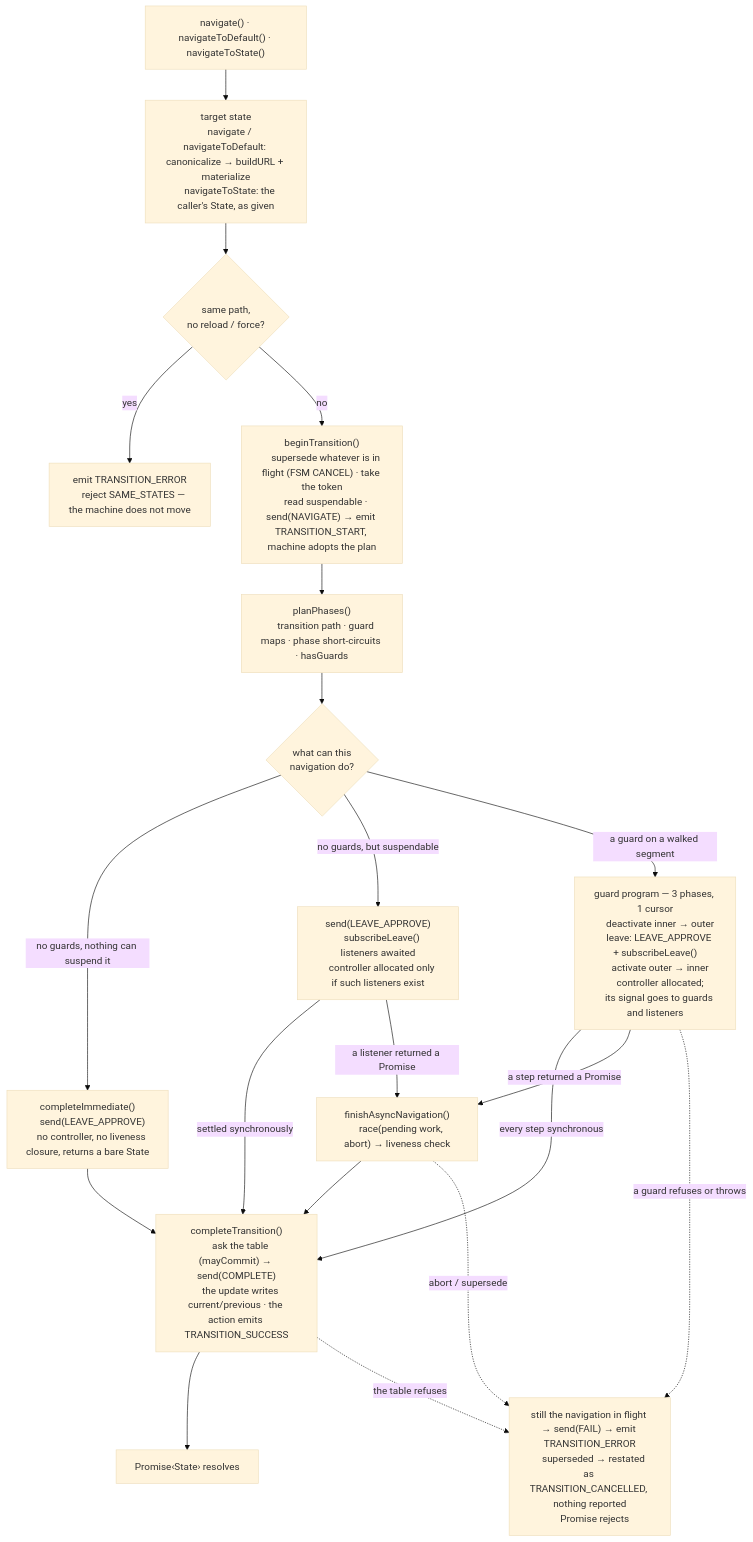
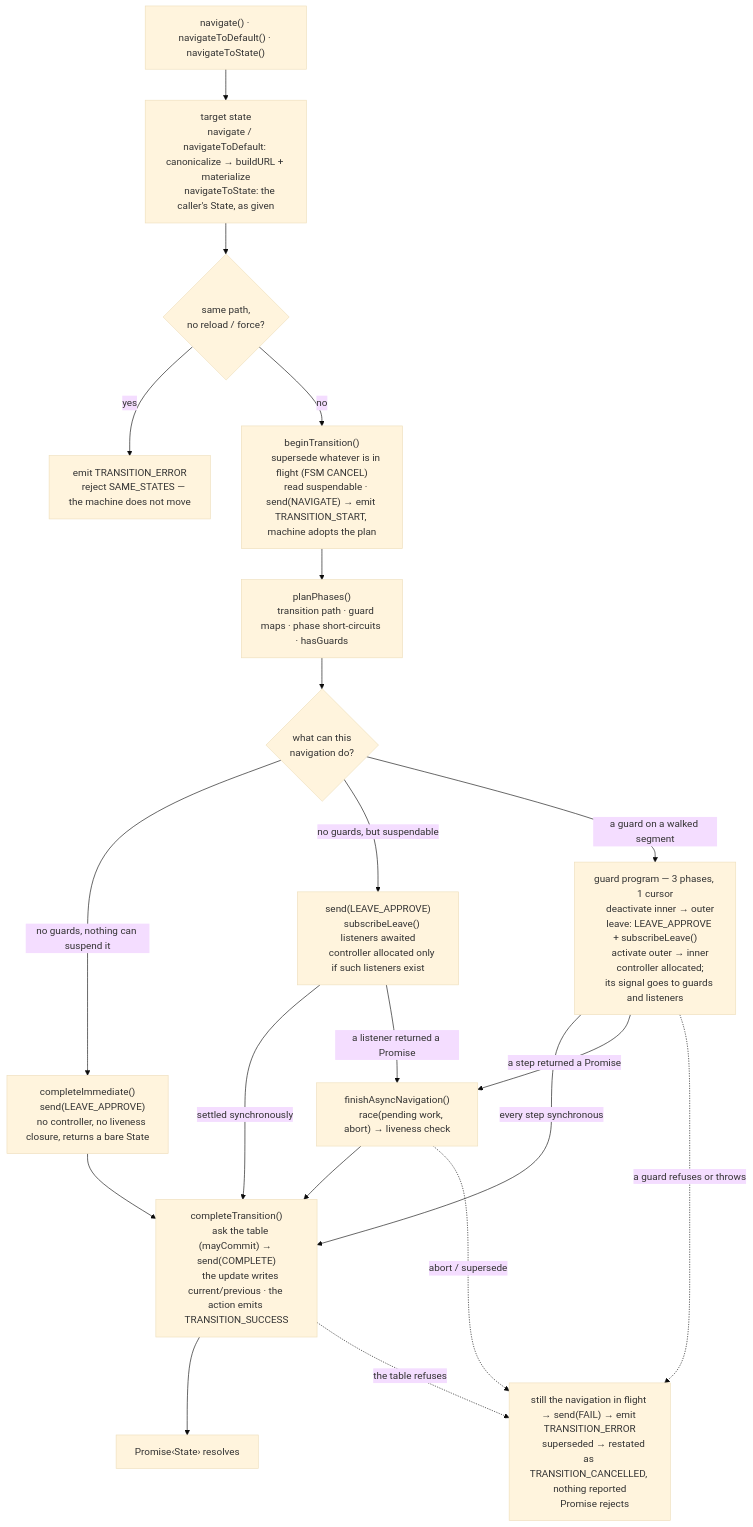
Before and after one commit to greydragon888/real-router: the third of 3 diagrams in ARCHITECTURE.md, drawn with Mermaid (base theme). The commit also changed other lines of this file and 5 other files, not shown here.

````diff
--- a/ARCHITECTURE.md
+++ b/ARCHITECTURE.md
@@ -379,60 +379,60 @@
 ```mermaid
 flowchart TD
     ENTRY["navigate() · navigateToDefault() · navigateToState()"] --> BUILD
 
     BUILD["target state
     navigate / navigateToDefault: canonicalize → buildURL + materialize
     navigateToState: the caller's State, as given"] --> SAME
 
     SAME{"same path,
     no reload / force?"}
     SAME -->|yes| SAMEERR["emit TRANSITION_ERROR
     reject SAME_STATES — the machine does not move"]
 
     SAME -->|no| BEGIN["beginTransition()
-    supersede whatever is in flight (FSM CANCEL) · take the token
+    supersede whatever is in flight (FSM CANCEL)
     read suspendable · send(NAVIGATE) → emit TRANSITION_START, machine adopts the plan"]
 
     BEGIN --> PLAN["planPhases()
     transition path · guard maps · phase short-circuits · hasGuards"]
 
     PLAN --> ARC{"what can this
     navigation do?"}
 
     ARC -->|"no guards, nothing can suspend it"| IMMEDIATE["completeImmediate()
     send(LEAVE_APPROVE)
     no controller, no liveness closure, returns a bare State"]
 
     ARC -->|"no guards, but suspendable"| LEAVE["send(LEAVE_APPROVE)
     subscribeLeave() listeners awaited
     controller allocated only if such listeners exist"]
 
     ARC -->|"a guard on a walked segment"| GUARDS["guard program — 3 phases, 1 cursor
     deactivate inner → outer
     leave: LEAVE_APPROVE + subscribeLeave()
     activate outer → inner
     controller allocated;
     its signal goes to guards and listeners"]
 
     IMMEDIATE --> COMPLETE
     LEAVE -->|"settled synchronously"| COMPLETE
     GUARDS -->|"every step synchronous"| COMPLETE
     LEAVE -->|"a listener returned a Promise"| ASYNC
     GUARDS -->|"a step returned a Promise"| ASYNC
 
     ASYNC["finishAsyncNavigation()
     race(pending work, abort) → liveness check"] --> COMPLETE
 
     COMPLETE["completeTransition()
     ask the table (mayCommit) → send(COMPLETE)
     the update writes current/previous · the action emits TRANSITION_SUCCESS"]
     COMPLETE --> RESOLVE["Promise‹State› resolves"]
 
     GUARDS -.->|"a guard refuses or throws"| ERR
     ASYNC -.->|"abort / supersede"| ERR
     COMPLETE -.->|"the table refuses"| ERR
 
     ERR["still the navigation in flight → send(FAIL) → emit TRANSITION_ERROR
     superseded → restated as TRANSITION_CANCELLED, nothing reported
     Promise rejects"]
 ```
````
